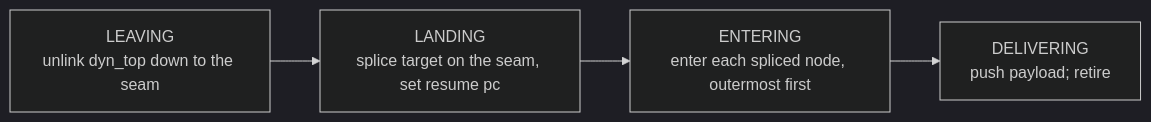
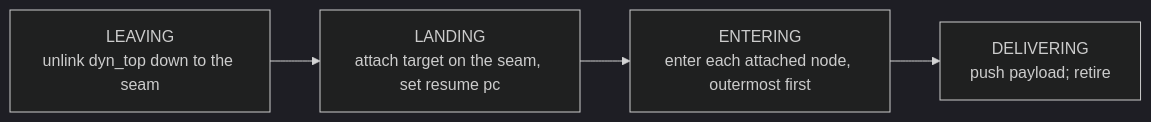
The tenth of 12 diagrams in design/EVALUATOR.md (koskari-lang/koskari), drawn with Mermaid (dark theme) before and after one commit. The commit also changed other lines of this file and 16 other files, not shown here.

````diff
--- a/design/EVALUATOR.md
+++ b/design/EVALUATOR.md
@@ -1031,8 +1065,8 @@
 ```mermaid
 flowchart LR
     LEAVING["LEAVING<br/>unlink dyn_top down to the seam"]
-    LANDING["LANDING<br/>splice target on the seam, set resume pc"]
-    ENTERING["ENTERING<br/>enter each spliced node, outermost first"]
+    LANDING["LANDING<br/>attach target on the seam, set resume pc"]
+    ENTERING["ENTERING<br/>enter each attached node, outermost first"]
     DELIVERING["DELIVERING<br/>push payload; retire"]
     LEAVING --> LANDING --> ENTERING --> DELIVERING
 ```
````
